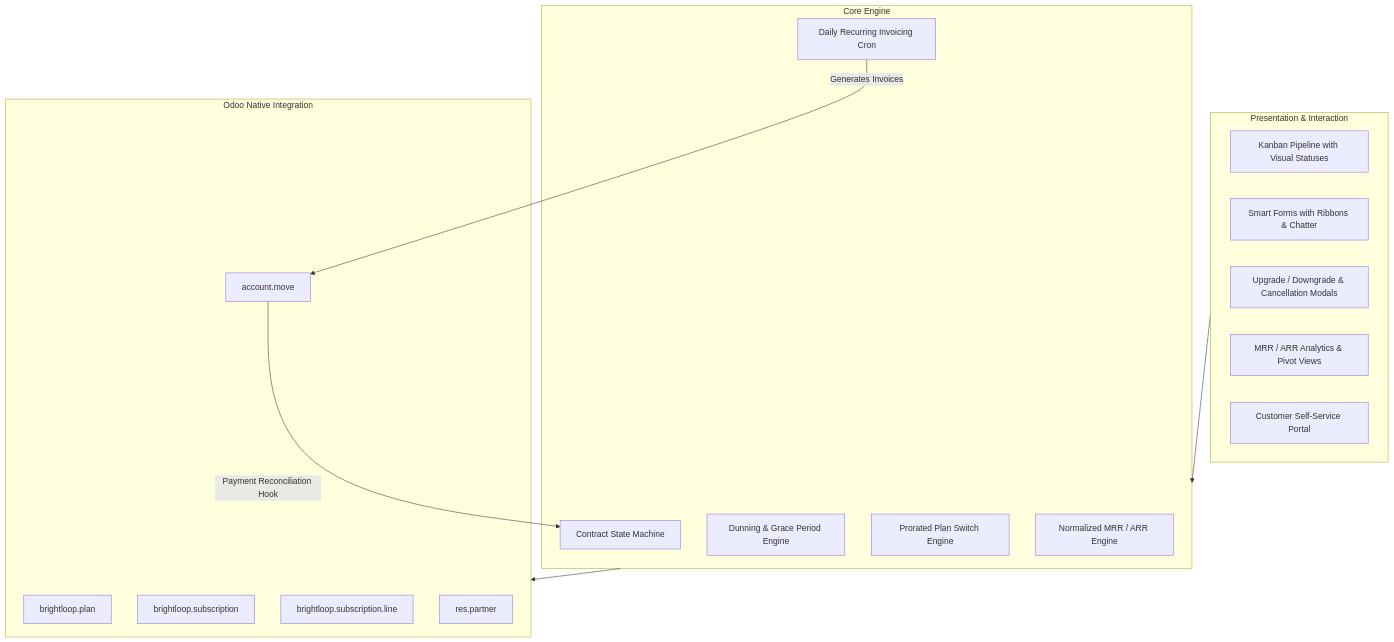
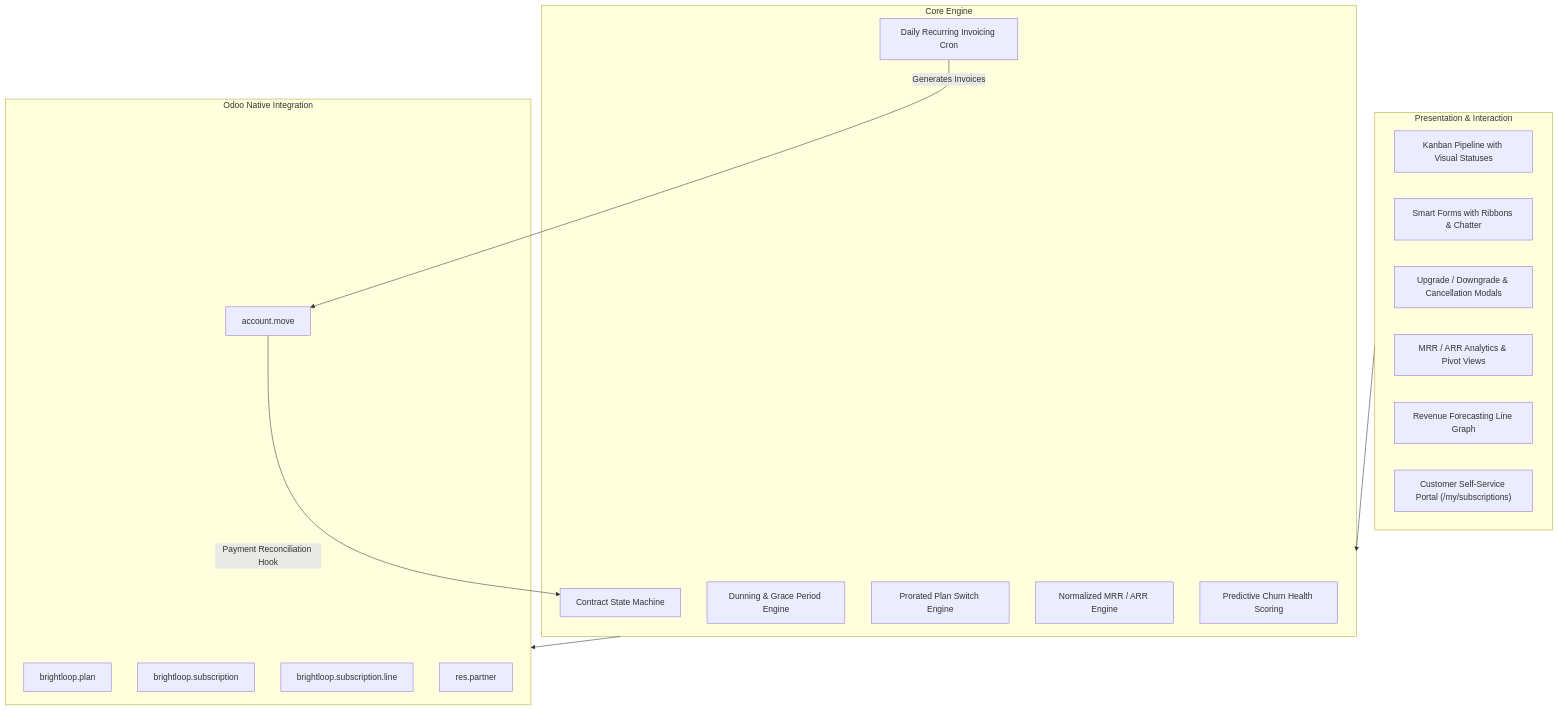
The diagram in README.md (Mahadharani3003/Subscription_Management_System), drawn with Mermaid before and after one commit. The commit also changed other lines of this file and 6 other files, not shown here.

````diff
--- a/README.md
+++ b/README.md
@@ -30,31 +34,33 @@
 ```mermaid
 flowchart TD
     subgraph UI_Layer [Presentation & Interaction]
-        Kanban[Kanban Pipeline with Visual Statuses]
-        Forms[Smart Forms with Ribbons & Chatter]
-        Wizards[Upgrade / Downgrade & Cancellation Modals]
-        Pivot[MRR / ARR Analytics & Pivot Views]
-        Portal[Customer Self-Service Portal]
+        Kanban["Kanban Pipeline with Visual Statuses"]
+        Forms["Smart Forms with Ribbons & Chatter"]
+        Wizards["Upgrade / Downgrade & Cancellation Modals"]
+        Pivot["MRR / ARR Analytics & Pivot Views"]
+        Forecast["Revenue Forecasting Line Graph"]
+        Portal["Customer Self-Service Portal (/my/subscriptions)"]
     end
 
     subgraph Business_Engine [Core Engine]
-        StateMachine[Contract State Machine]
-        BillingCron[Daily Recurring Invoicing Cron]
-        Dunning[Dunning & Grace Period Engine]
-        Proration[Prorated Plan Switch Engine]
-        MRR[Normalized MRR / ARR Engine]
+        StateMachine["Contract State Machine"]
+        BillingCron["Daily Recurring Invoicing Cron"]
+        Dunning["Dunning & Grace Period Engine"]
+        Proration["Prorated Plan Switch Engine"]
+        MRR["Normalized MRR / ARR Engine"]
+        HealthScore["Predictive Churn Health Scoring"]
     end
 
     subgraph Native_Odoo [Odoo Native Integration]
-        Plan[brightloop.plan]
-        Sub[brightloop.subscription]
-        Lines[brightloop.subscription.line]
-        Partner[res.partner <Extended>]
-        AccountMove[account.move <Native Invoices>]
+        Plan["brightloop.plan"]
+        Sub["brightloop.subscription"]
+        Lines["brightloop.subscription.line"]
+        Partner["res.partner <Extended with LTV & Segments>"]
+        AccountMove["account.move <Native Invoices & Auto-Recovery>"]
     end
 
     UI_Layer --> Business_Engine
     Business_Engine --> Native_Odoo
     BillingCron -->|Generates Invoices| AccountMove
     AccountMove -->|Payment Reconciliation Hook| StateMachine
 ```
````
